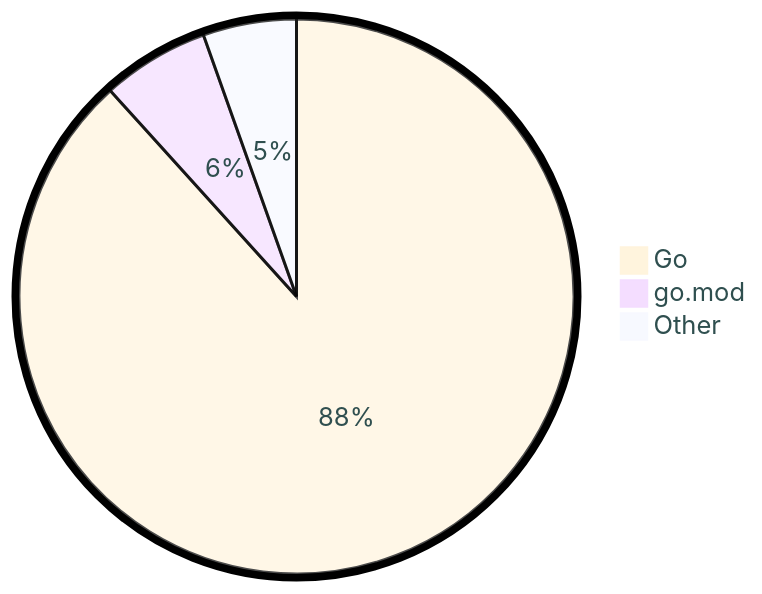
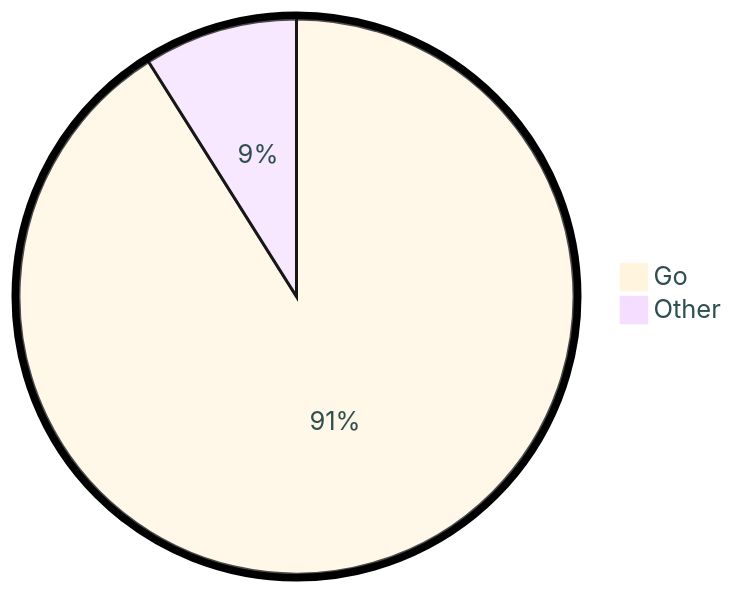
Before and after one commit to tot0p/tot0p: the diagram in README.md, drawn with Mermaid. The commit also changed other lines of this file, not shown here.

````diff
--- a/README.md
+++ b/README.md
@@ -73,7 +74,6 @@
 ```mermaid
 %%{init: {"pie": {"textPosition": 0.5}, "themeVariables": {"pieOuterStrokeWidth": "5px","primaryTextColor" : "#2F4F4F"},"theme":"base"} }%%
 pie
-	"Go": 88.29
-	"go.mod": 6.26
-	"Other": 5.44
+	"Go": 91.07
+	"Other": 8.95
 ```
````
